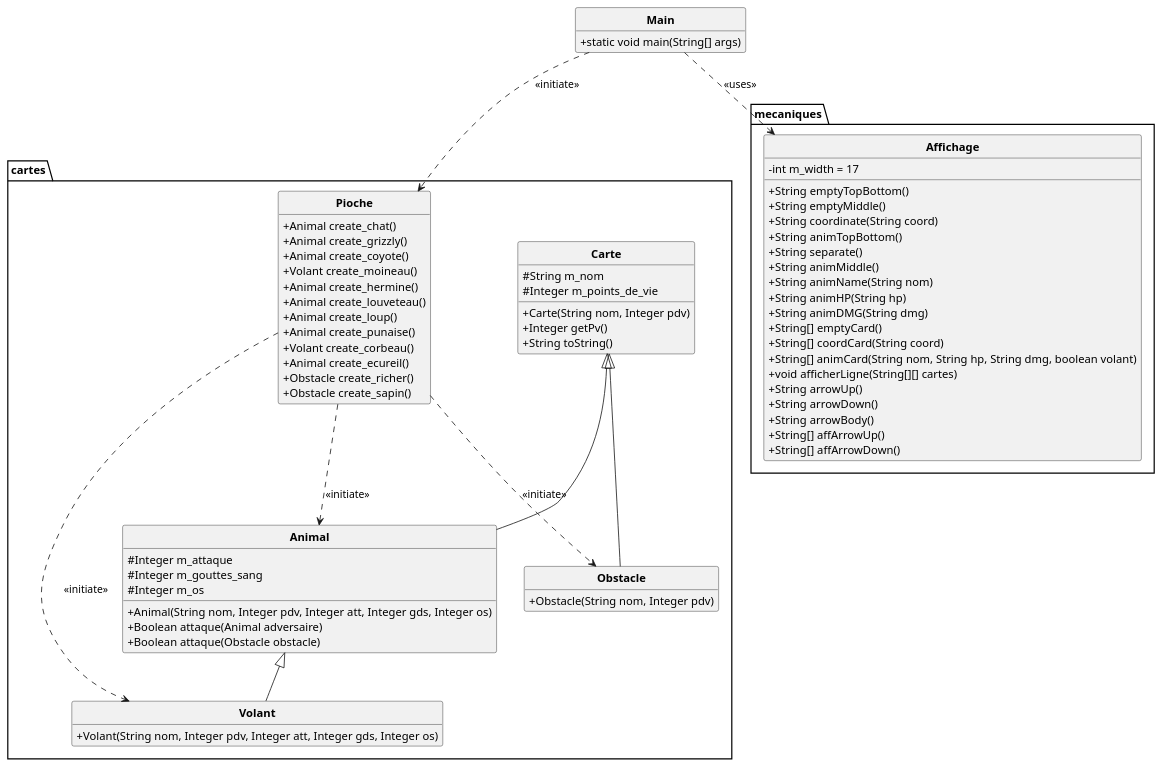
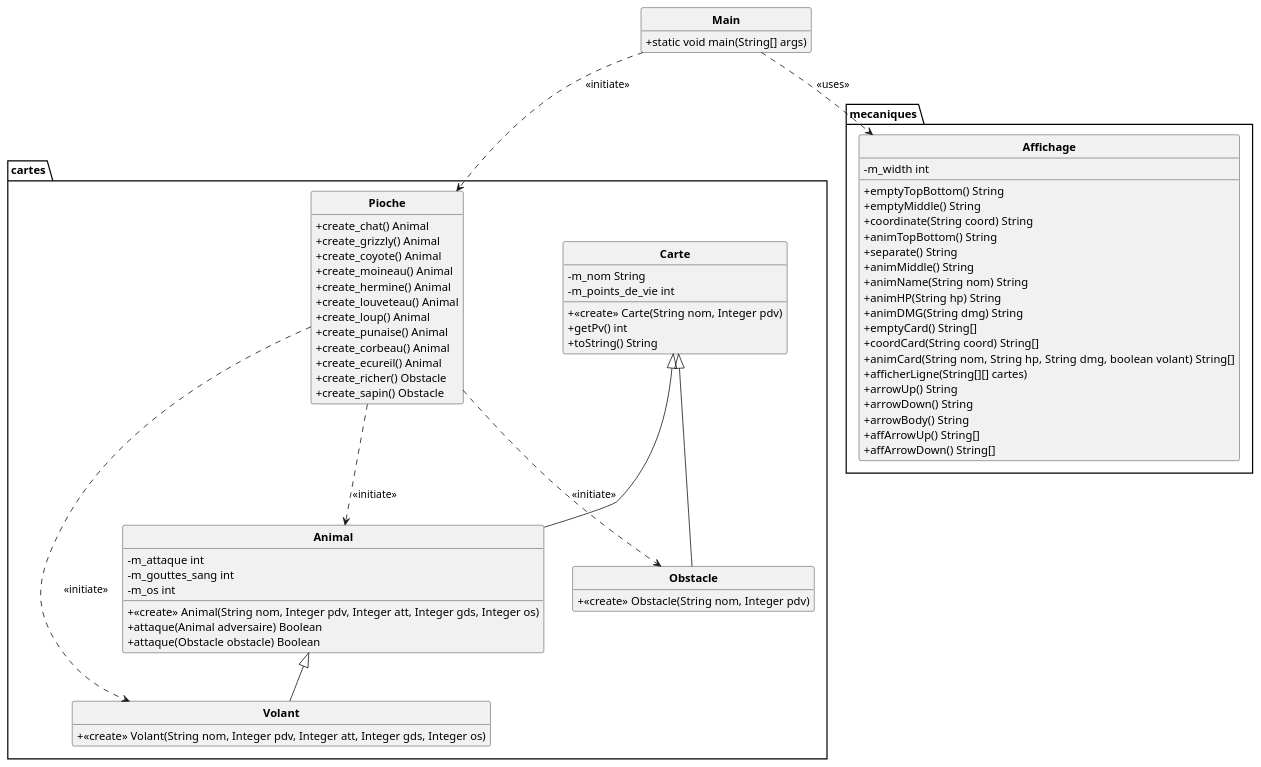
Before and after one commit to 3RZ4-L/projet_Inscryption: the diagram in uml/semaine1.puml, drawn with PlantUML. The commit also changed 5 other files, not shown here.

Commit message:
Ajout uml semaine2

```diff
--- a/uml/semaine1.puml
+++ b/uml/semaine1.puml
@@ -1,84 +1,84 @@
 @startuml
 
 skinparam classAttributeIconSize 0
 skinparam classFontStyle Bold
 skinparam style strictuml
 hide empty members
 
 package cartes {
     class Carte {
-        #String m_nom
-        #Integer m_points_de_vie
-        +Carte(String nom, Integer pdv)
-        +Integer getPv()
-        +String toString()
+        - m_nom String
+        - m_points_de_vie int
+        + <<create>> Carte(String nom, Integer pdv)
+        + getPv() int
+        + toString() String
     }
 
     class Animal extends Carte{
-        #Integer m_attaque
-        #Integer m_gouttes_sang
-        #Integer m_os
-        +Animal(String nom, Integer pdv, Integer att, Integer gds, Integer os)
-        +Boolean attaque(Animal adversaire)
-        +Boolean attaque(Obstacle obstacle)
+        - m_attaque int
+        - m_gouttes_sang int
+        - m_os int
+        + <<create>> Animal(String nom, Integer pdv, Integer att, Integer gds, Integer os)
+        + attaque(Animal adversaire) Boolean
+        + attaque(Obstacle obstacle) Boolean
     }
 
     class Volant extends Animal{
-        +Volant(String nom, Integer pdv, Integer att, Integer gds, Integer os)
+        + <<create>> Volant(String nom, Integer pdv, Integer att, Integer gds, Integer os)
     }
 
     class Obstacle extends Carte{
-        +Obstacle(String nom, Integer pdv)
+        + <<create>> Obstacle(String nom, Integer pdv)
     }
 
     class Pioche {
-        +Animal create_chat()
-        +Animal create_grizzly()
-        +Animal create_coyote()
-        +Volant create_moineau()
-        +Animal create_hermine()
-        +Animal create_louveteau()
-        +Animal create_loup()
-        +Animal create_punaise()
-        +Volant create_corbeau()
-        +Animal create_ecureil()
-        +Obstacle create_richer()
-        +Obstacle create_sapin()
+        + create_chat() Animal
+        + create_grizzly() Animal
+        + create_coyote() Animal
+        + create_moineau() Animal
+        + create_hermine() Animal
+        + create_louveteau() Animal
+        + create_loup() Animal
+        + create_punaise() Animal
+        + create_corbeau() Animal
+        + create_ecureil() Animal
+        + create_richer() Obstacle
+        + create_sapin() Obstacle
     }
 }
 
 package mecaniques {
     class Affichage {
-        -int m_width = 17
-        +String emptyTopBottom()
-        +String emptyMiddle()
-        +String coordinate(String coord)
-        +String animTopBottom()
-        +String separate()
-        +String animMiddle()
-        +String animName(String nom)
-        +String animHP(String hp)
-        +String animDMG(String dmg)
-        +String[] emptyCard()
-        +String[] coordCard(String coord)
-        +String[] animCard(String nom, String hp, String dmg, boolean volant)
-        +void afficherLigne(String[][] cartes)
-        +String arrowUp()
-        +String arrowDown()
-        +String arrowBody()
-        +String[] affArrowUp()
-        +String[] affArrowDown()
+        -m_width int
+        + emptyTopBottom() String
+        + emptyMiddle() String
+        + coordinate(String coord) String
+        + animTopBottom() String
+        + separate() String
+        + animMiddle() String
+        + animName(String nom) String
+        + animHP(String hp) String
+        + animDMG(String dmg) String
+        + emptyCard() String[]
+        + coordCard(String coord) String[]
+        + animCard(String nom, String hp, String dmg, boolean volant)  String[]
+        + afficherLigne(String[][] cartes)
+        + arrowUp() String
+        + arrowDown() String
+        + arrowBody() String
+        + affArrowUp() String[]
+        + affArrowDown() String[]
     }
 }
 
 class Main {
     +static void main(String[] args)
 }
 
 Main ..> Pioche : <<initiate>>
 Main ..> Affichage : <<uses>>
 Pioche ..> Animal : <<initiate>>
 Pioche ..> Obstacle : <<initiate>>
 Pioche ..> Volant : <<initiate>>
 
 @enduml
```
